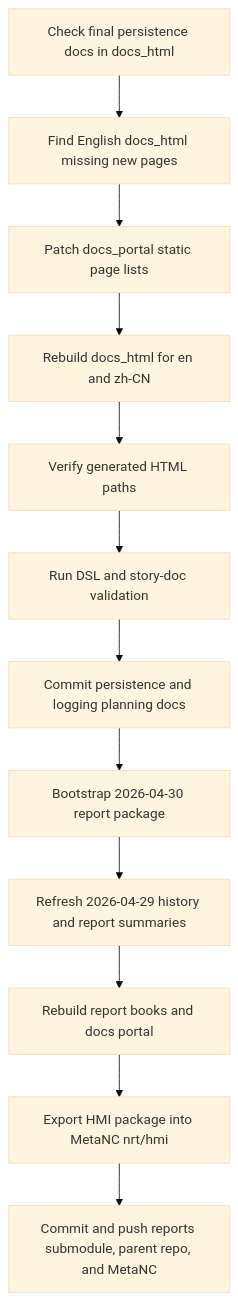
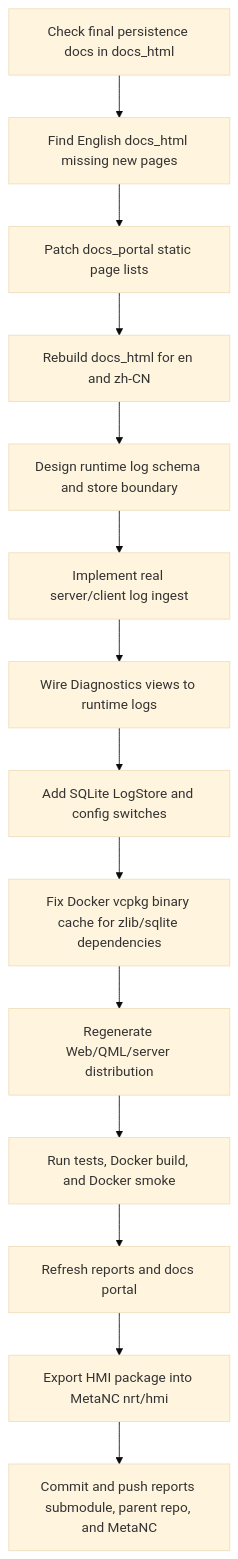
The diagram in 2026-04-30-codex-session/workflow-diagram.md (luppiterw/metanc_hmi_dsl_reports), drawn with Mermaid (base theme) before and after one commit. The commit also changed 12 other files, not shown here.

Commit message:
reports: refresh 2026-04-30 runtime logging report

````diff
--- a/2026-04-30-codex-session/workflow-diagram.md
+++ b/2026-04-30-codex-session/workflow-diagram.md
@@ -3,14 +3,16 @@
 ```mermaid
 flowchart TD
     A[Check final persistence docs in docs_html] --> B[Find English docs_html missing new pages]
     B --> C[Patch docs_portal static page lists]
     C --> D[Rebuild docs_html for en and zh-CN]
-    D --> E[Verify generated HTML paths]
-    E --> F[Run DSL and story-doc validation]
-    F --> G[Commit persistence and logging planning docs]
-    G --> H[Bootstrap 2026-04-30 report package]
-    H --> I[Refresh 2026-04-29 history and report summaries]
-    I --> J[Rebuild report books and docs portal]
-    J --> K[Export HMI package into MetaNC nrt/hmi]
-    K --> L[Commit and push reports submodule, parent repo, and MetaNC]
+    D --> E[Design runtime log schema and store boundary]
+    E --> F[Implement real server/client log ingest]
+    F --> G[Wire Diagnostics views to runtime logs]
+    G --> H[Add SQLite LogStore and config switches]
+    H --> I[Fix Docker vcpkg binary cache for zlib/sqlite dependencies]
+    I --> J[Regenerate Web/QML/server distribution]
+    J --> K[Run tests, Docker build, and Docker smoke]
+    K --> L[Refresh reports and docs portal]
+    L --> M[Export HMI package into MetaNC nrt/hmi]
+    M --> N[Commit and push reports submodule, parent repo, and MetaNC]
 ```
````
